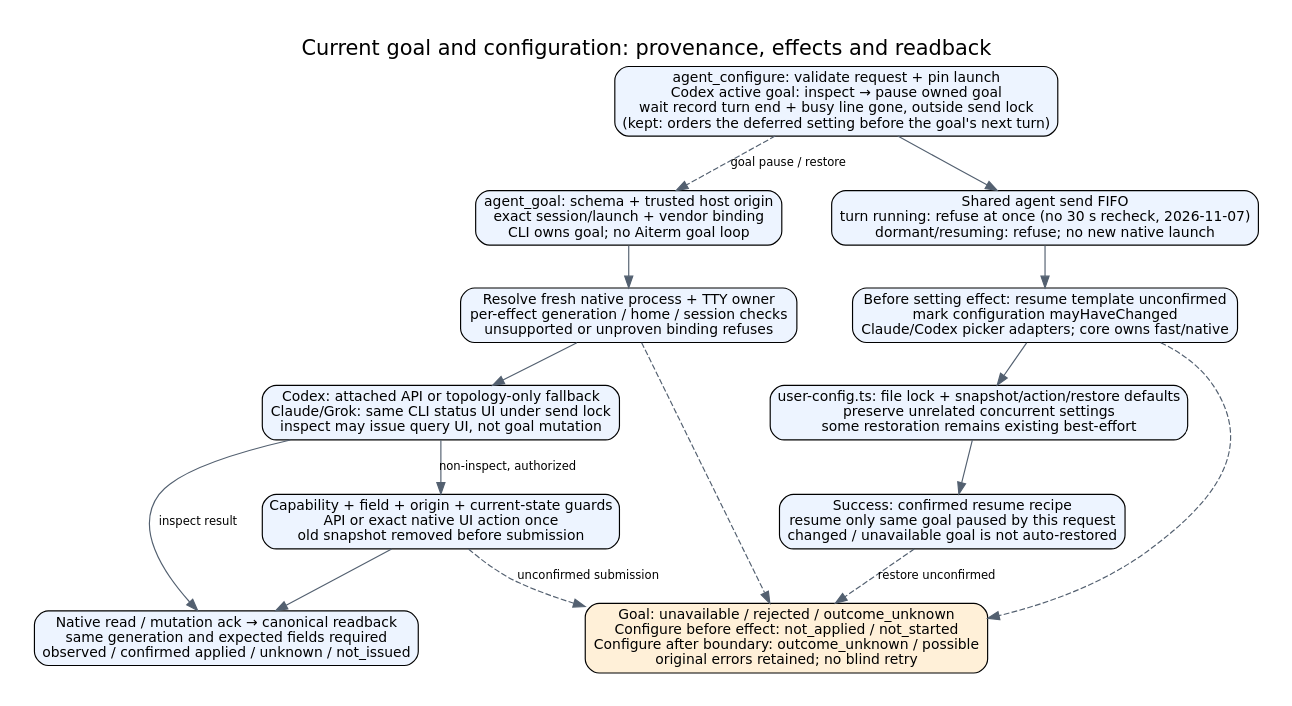
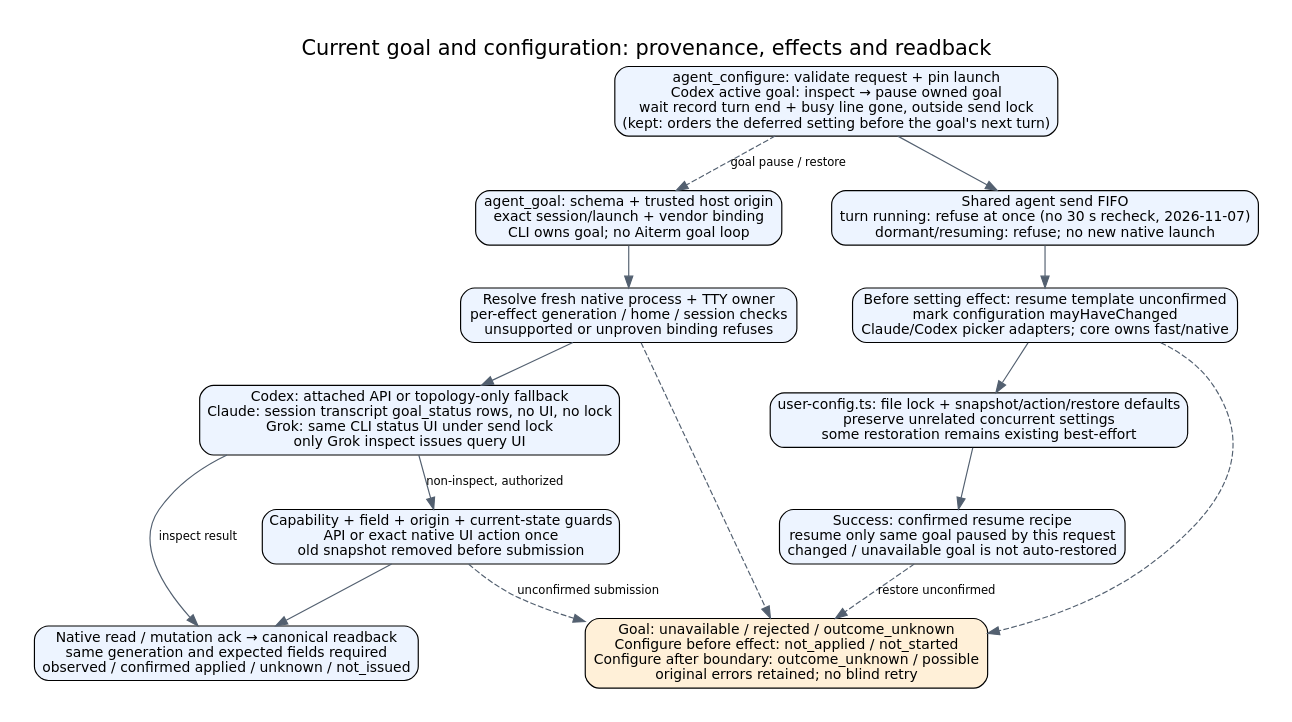
The diagram in docs/architecture/goal-configuration.dot (kitepon/aiterm-mcp), drawn with Graphviz before and after one commit. The commit also changed 9 other files, not shown here.

First line of the commit message:
Read a Claude goal from the session transcript instead of typing /goal

```diff
--- a/docs/architecture/goal-configuration.dot
+++ b/docs/architecture/goal-configuration.dot
@@ -1,19 +1,19 @@
 digraph configuration {
  graph [rankdir=TB,bgcolor="white",pad=0.3,nodesep=0.6,ranksep=0.5,label="Current goal and configuration: provenance, effects and readback",labelloc=t,fontname="DejaVu Sans",fontsize=18];
  node [shape=box,style="rounded,filled",fillcolor="#edf4ff",fontname="DejaVu Sans",fontsize=12];
  edge [fontname="DejaVu Sans",fontsize=10,color="#536070"];
  goal [label="agent_goal: schema + trusted host origin\nexact session/launch + vendor binding\nCLI owns goal; no Aiterm goal loop"];
  target [label="Resolve fresh native process + TTY owner\nper-effect generation / home / session checks\nunsupported or unproven binding refuses"];
- read [label="Codex: attached API or topology-only fallback\nClaude/Grok: same CLI status UI under send lock\ninspect may issue query UI, not goal mutation"];
+ read [label="Codex: attached API or topology-only fallback\nClaude: session transcript goal_status rows, no UI, no lock\nGrok: same CLI status UI under send lock\nonly Grok inspect issues query UI"];
  mutate [label="Capability + field + origin + current-state guards\nAPI or exact native UI action once\nold snapshot removed before submission"];
  readback [label="Native read / mutation ack → canonical readback\nsame generation and expected fields required\nobserved / confirmed applied / unknown / not_issued"];
  config [label="agent_configure: validate request + pin launch\nCodex active goal: inspect → pause owned goal\nwait record turn end + busy line gone, outside send lock\n(kept: orders the deferred setting before the goal's next turn)"];
  lock [label="Shared agent send FIFO\nturn running: refuse at once (no 30 s recheck, 2026-11-07)\ndormant/resuming: refuse; no new native launch"];
  before [label="Before setting effect: resume template unconfirmed\nmark configuration mayHaveChanged\nClaude/Codex picker adapters; core owns fast/native"];
  defaults [label="user-config.ts: file lock + snapshot/action/restore defaults\npreserve unrelated concurrent settings\nsome restoration remains existing best-effort"];
  restore [label="Success: confirmed resume recipe\nresume only same goal paused by this request\nchanged / unavailable goal is not auto-restored"];
  fail [label="Goal: unavailable / rejected / outcome_unknown\nConfigure before effect: not_applied / not_started\nConfigure after boundary: outcome_unknown / possible\noriginal errors retained; no blind retry",fillcolor="#fff0d8"];
  goal -> target;target -> read;read -> mutate [label="non-inspect, authorized"];mutate -> readback;read -> readback [label="inspect result"];
  config -> lock;lock -> before;before -> defaults;defaults -> restore;
  config -> goal [style=dashed,label="goal pause / restore"];before -> fail [style=dashed];restore -> fail [style=dashed,label="restore unconfirmed"];target -> fail [style=dashed];mutate -> fail [style=dashed,label="unconfirmed submission"];
 }
```
